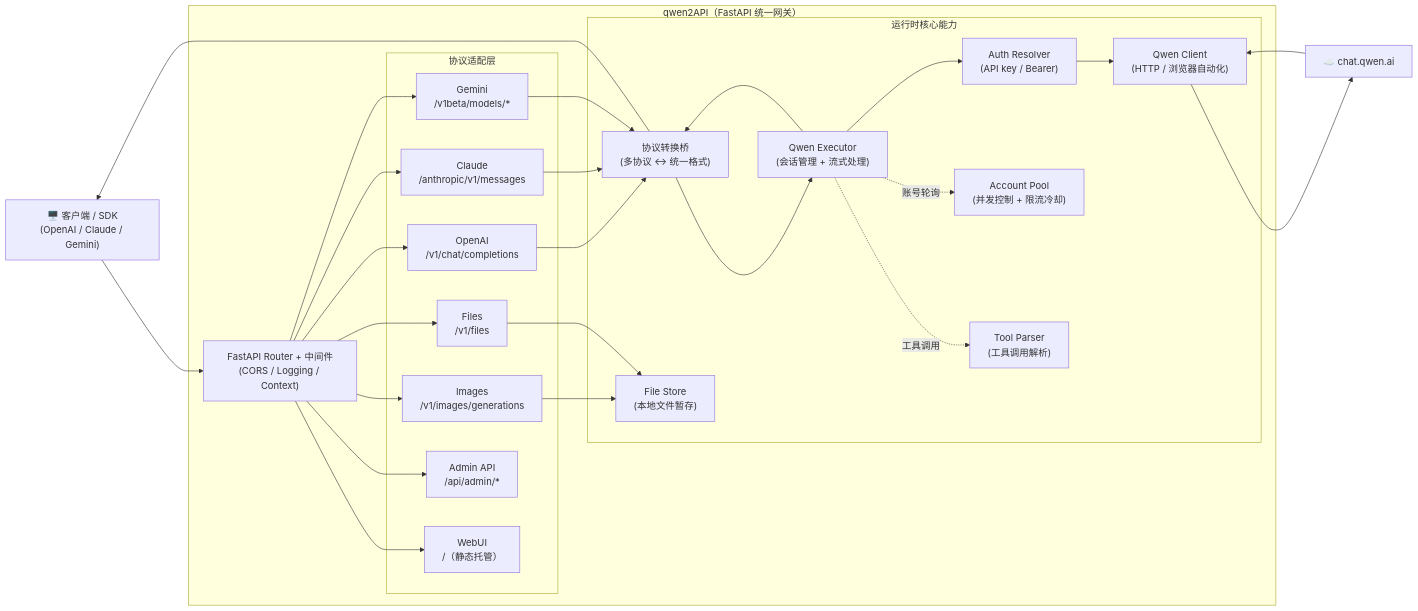
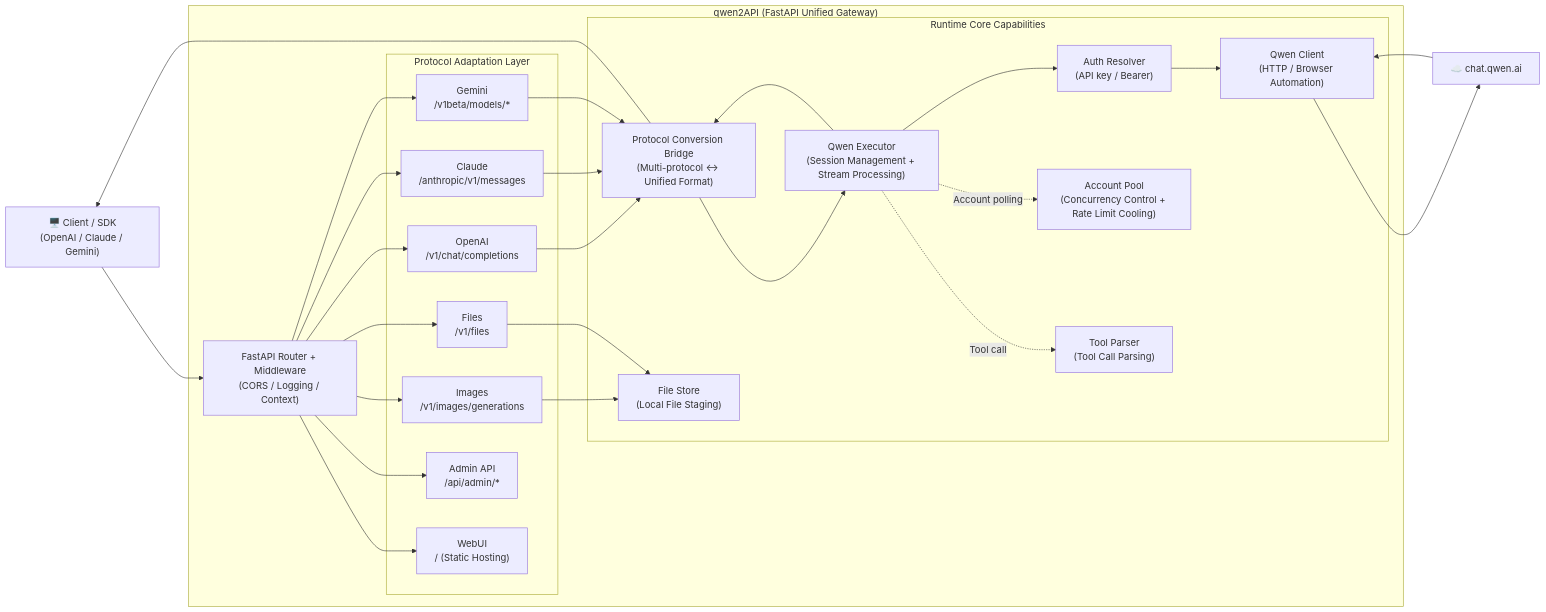
The diagram in README.md (YuJunZhiXue/qwen2API), drawn with Mermaid before and after one commit. The commit also changed other lines of this file, not shown here.

````diff
--- a/README.md
+++ b/README.md
@@ -62,46 +62,46 @@
 ```mermaid
 flowchart LR
-    Client["🖥️ 客户端 / SDK\n(OpenAI / Claude / Gemini)"]
+    Client["🖥️ Client / SDK\n(OpenAI / Claude / Gemini)"]
     Upstream["☁️ chat.qwen.ai"]
 
-    subgraph qwen2API["qwen2API（FastAPI 统一网关）"]
-        Router["FastAPI Router + 中间件\n(CORS / Logging / Context)"]
+    subgraph qwen2API["qwen2API (FastAPI Unified Gateway)"]
+        Router["FastAPI Router + Middleware\n(CORS / Logging / Context)"]
 
-        subgraph Adapters["协议适配层"]
+        subgraph Adapters["Protocol Adaptation Layer"]
             OA["OpenAI\n/v1/chat/completions"]
             CA["Claude\n/anthropic/v1/messages"]
             GA["Gemini\n/v1beta/models/*"]
             IA["Images\n/v1/images/generations"]
             FA["Files\n/v1/files"]
             Admin["Admin API\n/api/admin/*"]
-            WebUI["WebUI\n/（静态托管）"]
+            WebUI["WebUI\n/ (Static Hosting)"]
         end
 
-        subgraph Runtime["运行时核心能力"]
-            Bridge["协议转换桥\n(多协议 <-> 统一格式)"]
-            Executor["Qwen Executor\n(会话管理 + 流式处理)"]
+        subgraph Runtime["Runtime Core Capabilities"]
+            Bridge["Protocol Conversion Bridge\n(Multi-protocol <-> Unified Format)"]
+            Executor["Qwen Executor\n(Session Management + Stream Processing)"]
             Auth["Auth Resolver\n(API key / Bearer)"]
-            Pool["Account Pool\n(并发控制 + 限流冷却)"]
-            QwenClient["Qwen Client\n(HTTP / 浏览器自动化)"]
-            ToolParser["Tool Parser\n(工具调用解析)"]
-            FileStore["File Store\n(本地文件暂存)"]
+            Pool["Account Pool\n(Concurrency Control + Rate Limit Cooling)"]
+            QwenClient["Qwen Client\n(HTTP / Browser Automation)"]
+            ToolParser["Tool Parser\n(Tool Call Parsing)"]
+            FileStore["File Store\n(Local File Staging)"]
         end
     end
 
     Client --> Router
     Router --> OA & CA & GA & IA & FA
     Router --> Admin
     Router --> WebUI
 
     OA & CA & GA --> Bridge
     Bridge --> Executor
     Executor --> Auth
-    Executor -.账号轮询.-> Pool
-    Executor -.工具调用.-> ToolParser
+    Executor -.Account polling.-> Pool
+    Executor -.Tool call.-> ToolParser
     IA & FA --> FileStore
     Auth --> QwenClient
     QwenClient --> Upstream
     Upstream --> QwenClient
     Executor --> Bridge
     Bridge --> Client
 ```
````
